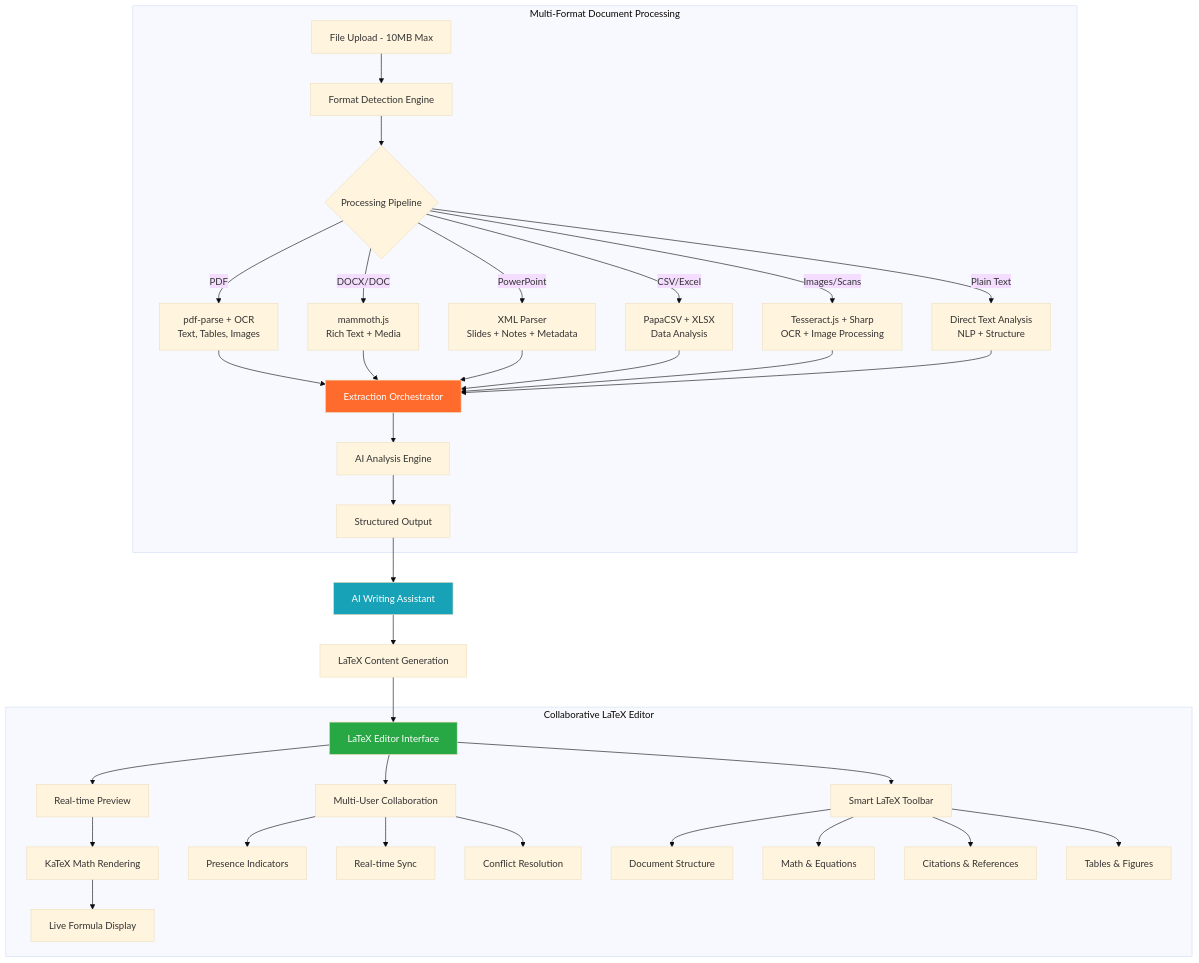
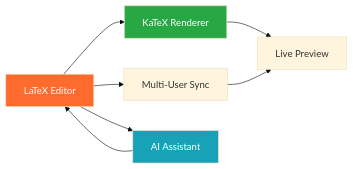
One commit to Kedhareswer/thesisflow-ai changed the third of 6 diagrams in README.md. Above: the diagram before and after it, drawn with Mermaid (base theme). The commit also changed other lines of this file and 4 other files, not shown here.

````diff
--- a/README.md
+++ b/README.md
@@ -204,43 +363,13 @@
 ```mermaid
-flowchart TB
-    subgraph "Multi-Format Document Processing"
-        A[File Upload - 10MB Max] --> B[Format Detection Engine]
-        B --> C{Processing Pipeline}
-        
-        C -->|PDF| D[pdf-parse + OCR<br/>Text, Tables, Images]
-        C -->|DOCX/DOC| E[mammoth.js<br/>Rich Text + Media]
-        C -->|PowerPoint| F[XML Parser<br/>Slides + Notes + Metadata]
-        C -->|CSV/Excel| G[PapaCSV + XLSX<br/>Data Analysis]
-        C -->|Images/Scans| H[Tesseract.js + Sharp<br/>OCR + Image Processing]
-        C -->|Plain Text| I[Direct Text Analysis<br/>NLP + Structure]
-        
-        D & E & F & G & H & I --> J[Extraction Orchestrator]
-        J --> K[AI Analysis Engine]
-        K --> L[Structured Output]
-    end
+graph LR
+    A[LaTeX Editor] --> B[KaTeX Renderer]
+    A --> C[Multi-User Sync]
+    A --> D[AI Assistant]
+    B --> E[Live Preview]
+    C --> E
+    D --> A
     
-    subgraph "Collaborative LaTeX Editor"
-        M[LaTeX Editor Interface] --> N[Real-time Preview]
-        N --> O[KaTeX Math Rendering]
-        O --> P[Live Formula Display]
-        
-        M --> Q[Multi-User Collaboration]
-        Q --> R[Presence Indicators]
-        Q --> S[Real-time Sync]
-        Q --> T[Conflict Resolution]
-        
-        M --> U[Smart LaTeX Toolbar]
-        U --> V[Document Structure]
-        U --> W[Math & Equations]
-        U --> X[Citations & References]
-        U --> Y[Tables & Figures]
-    end
-    
-    L --> Z[AI Writing Assistant]
-    Z --> AA[LaTeX Content Generation]
-    AA --> M
-    
-    style J fill:#FF6B2C,color:#fff
-    style M fill:#28a745,color:#fff
-    style Z fill:#17a2b8,color:#fff
+    style A fill:#FF6B2C,color:#fff
+    style B fill:#28a745,color:#fff
+    style D fill:#17a2b8,color:#fff
 ```
````
